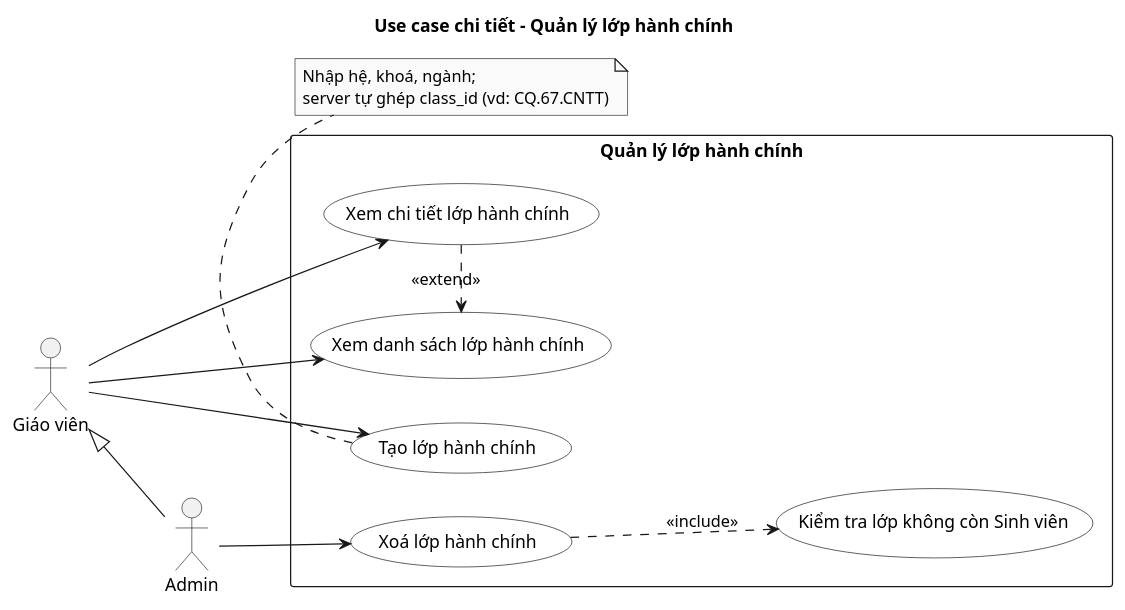
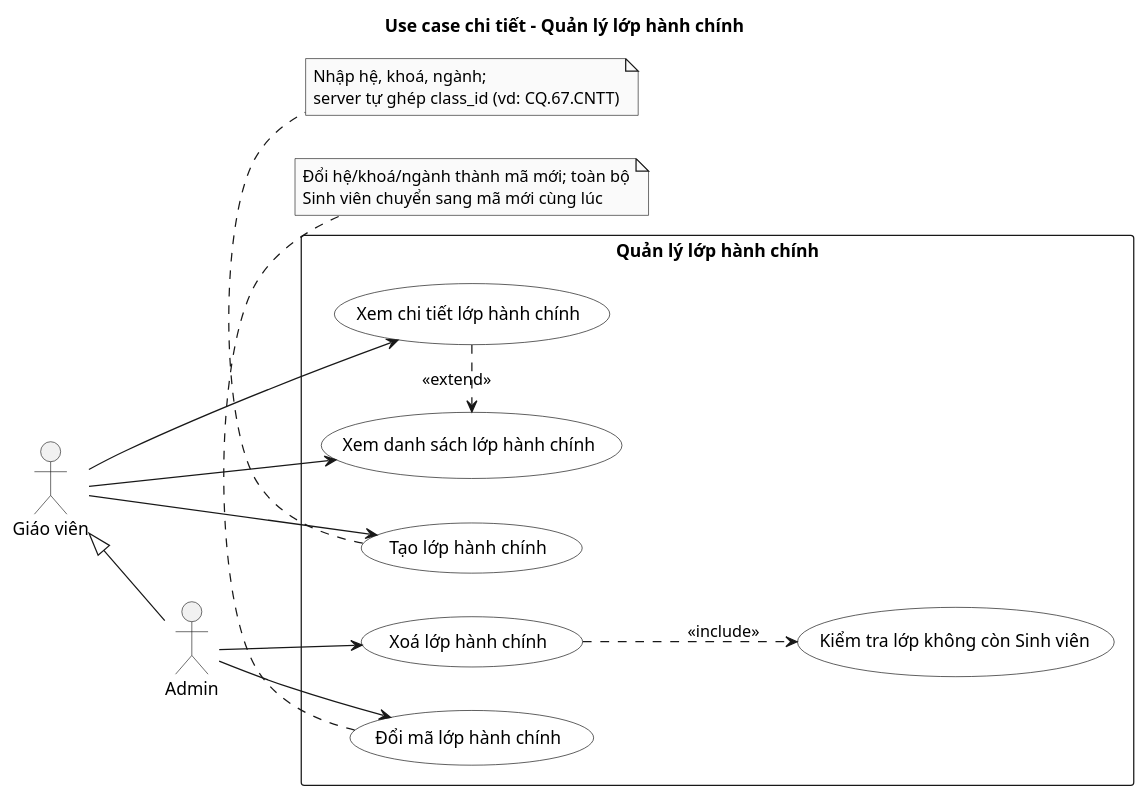
The diagram in docs/diagrams/use-case/use-case-class.puml (dinhnhathuyennhan/leet-code-utc2), drawn with PlantUML before and after one commit. The commit also changed 21 other files, not shown here.

Commit message:
docs: sync API contracts, use cases and diagrams with account, class and grading changes

```diff
--- a/docs/diagrams/use-case/use-case-class.puml
+++ b/docs/diagrams/use-case/use-case-class.puml
@@ -1,38 +1,44 @@
 @startuml use-case-class
 left to right direction
 skinparam shadowing false
 skinparam monochrome true
 skinparam packageStyle rectangle
 skinparam defaultFontName Arial
 skinparam usecase {
   BackgroundColor white
   BorderColor black
 }
 
 title Use case chi tiết - Quản lý lớp hành chính
 
 actor "Giáo viên" as Teacher
 actor "Admin" as Admin
 Admin -up-|> Teacher
 
 rectangle "Quản lý lớp hành chính" {
   usecase "Tạo lớp hành chính" as Create
   usecase "Xem danh sách lớp hành chính" as List
   usecase "Xem chi tiết lớp hành chính" as Detail
+  usecase "Đổi mã lớp hành chính" as Rename
   usecase "Xoá lớp hành chính" as Delete
   usecase "Kiểm tra lớp không còn Sinh viên" as CheckEmpty
 }
 
 Teacher --> Create
 Teacher --> List
 Teacher --> Detail
 Admin --> Delete
+Admin --> Rename
 
 Detail .> List : <<extend>>
 Delete ..> CheckEmpty : <<include>>
 
 note bottom of Create
   Nhập hệ, khoá, ngành;
   server tự ghép class_id (vd: CQ.67.CNTT)
 end note
+note bottom of Rename
+  Đổi hệ/khoá/ngành thành mã mới; toàn bộ
+  Sinh viên chuyển sang mã mới cùng lúc
+end note
 @enduml
```
